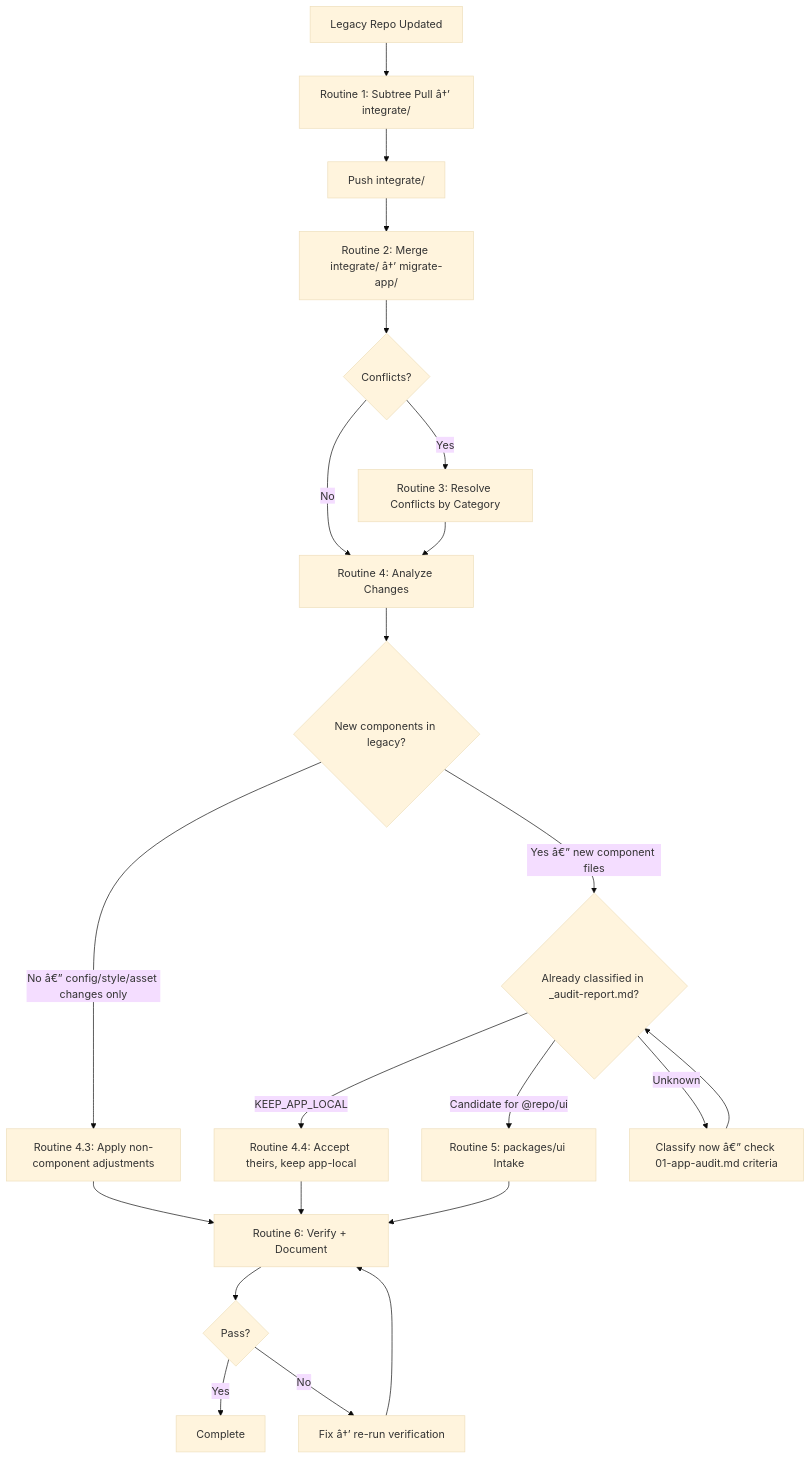
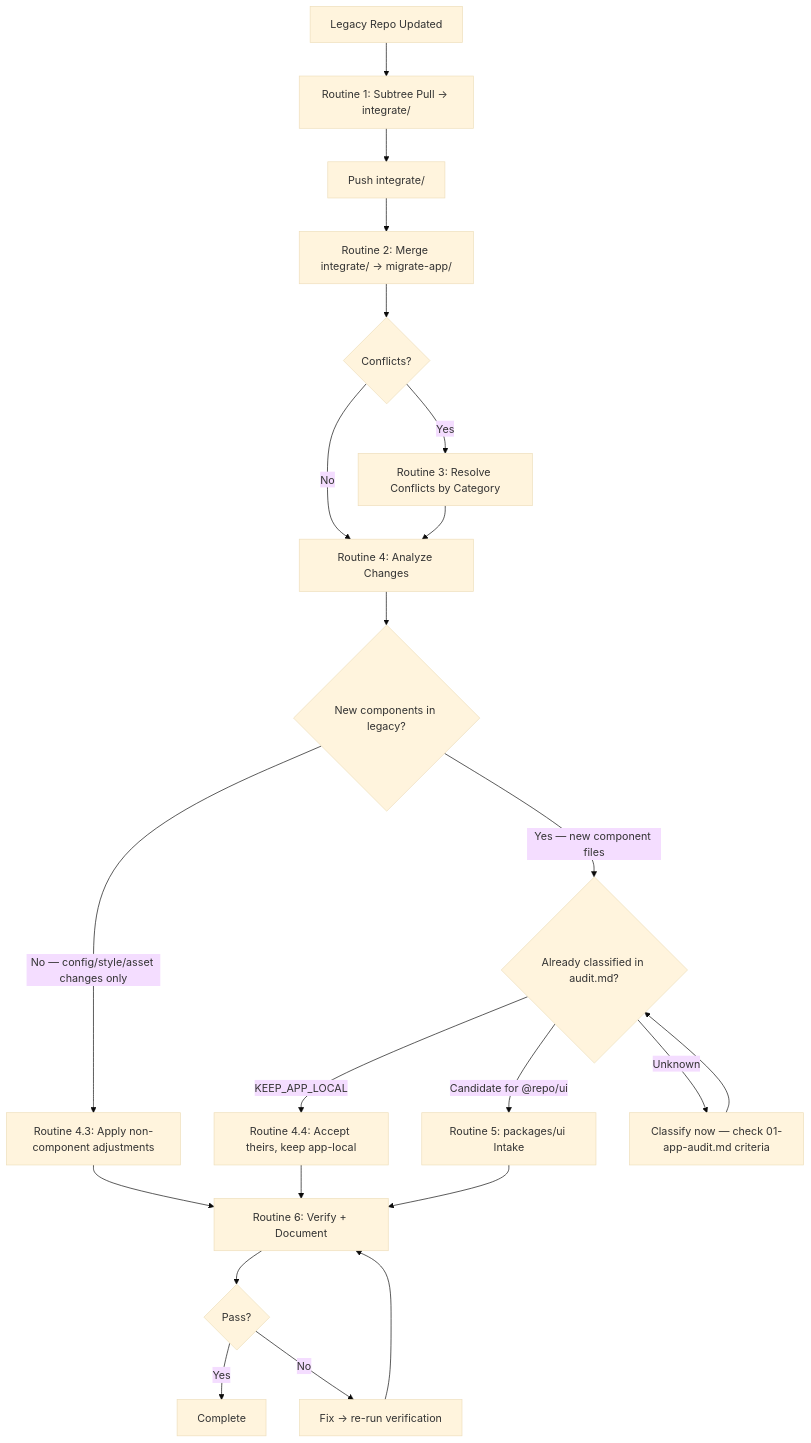
Before and after one commit to mahardikakdenie/.agent-skills: the diagram in apps/admin-portal/docs/migration/component/legacy-update-routines.md, drawn with Mermaid (base theme). The commit also changed other lines of this file and 14 other files, not shown here.

````diff
--- a/apps/admin-portal/docs/migration/component/legacy-update-routines.md
+++ b/apps/admin-portal/docs/migration/component/legacy-update-routines.md
@@ -58,24 +58,24 @@
 ```mermaid
 flowchart TD
-    A[Legacy Repo Updated] --> B[Routine 1: Subtree Pull â†’ integrate/<APP_NAME>]
+    A[Legacy Repo Updated] --> B[Routine 1: Subtree Pull → integrate/<APP_NAME>]
     B --> C[Push integrate/<APP_NAME>]
-    C --> D[Routine 2: Merge integrate/<APP_NAME> â†’ migrate-app/<APP_NAME>]
+    C --> D[Routine 2: Merge integrate/<APP_NAME> → migrate-app/<APP_NAME>]
     D --> E{Conflicts?}
     E -->|No| F[Routine 4: Analyze Changes]
     E -->|Yes| G[Routine 3: Resolve Conflicts by Category]
     G --> F
     F --> H{New components in legacy?}
-    H -->|No â€” config/style/asset changes only| I[Routine 4.3: Apply non-component adjustments]
-    H -->|Yes â€” new component files| J{Already classified in _audit-report.md?}
+    H -->|No — config/style/asset changes only| I[Routine 4.3: Apply non-component adjustments]
+    H -->|Yes — new component files| J{Already classified in audit.md?}
     J -->|KEEP_APP_LOCAL| K[Routine 4.4: Accept theirs, keep app-local]
     J -->|Candidate for @repo/ui| L[Routine 5: packages/ui Intake]
-    J -->|Unknown| M[Classify now â€” check 01-app-audit.md criteria]
+    J -->|Unknown| M[Classify now — check 01-app-audit.md criteria]
     M --> J
     I --> N[Routine 6: Verify + Document]
     K --> N
     L --> N
     N --> O{Pass?}
     O -->|Yes| P[Complete]
-    O -->|No| Q[Fix â†’ re-run verification]
+    O -->|No| Q[Fix → re-run verification]
     Q --> N
 ```
````
